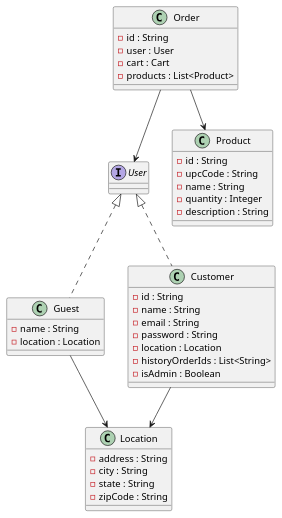
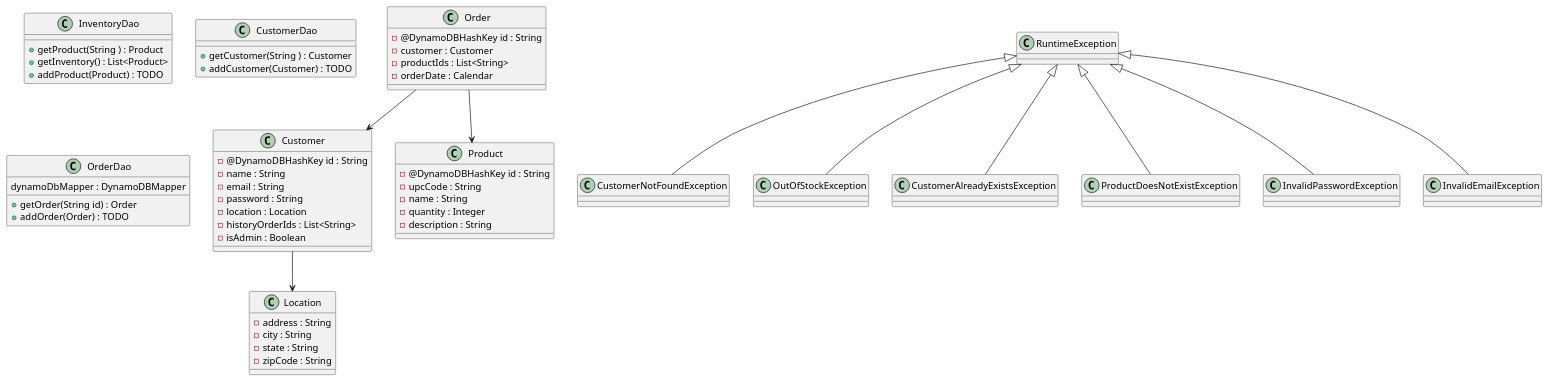
One commit to sylviamohos/CoolWithCouleBackend changed the diagram in project_documents/Design/GeneralClassDiagram.puml. Above: the diagram before and after it, drawn with PlantUML. The commit also changed 11 other files, not shown here.

Commit message:
Edited and cleaned up sequence diagrams

```diff
--- a/project_documents/Design/GeneralClassDiagram.puml
+++ b/project_documents/Design/GeneralClassDiagram.puml
@@ -1,50 +1,80 @@
 @startuml
 
-interface User{
-}
-class Guest implements User{
--name : String
--location : Location
-}
 
 ' Changed Existing User to Customer for simplicity in naming other classes -Jackson
-class Customer implements User{
--id : String
+class Customer {
+-@DynamoDBHashKey id : String
 -name : String
 -email : String
 -password : String
 -location : Location
 -historyOrderIds : List<String>
 -isAdmin : Boolean
 }
 
 class Order{
--id : String
--user : User
--cart : Cart
--products : List<Product>
+- @DynamoDBHashKey id : String
+-customer : Customer
+-productIds : List<String>
+-orderDate : Calendar
 }
 
 class Product{
--id : String
+-@DynamoDBHashKey id : String
 -upcCode : String
 -name : String
 -quantity : Integer
 -description : String
 }
 
 class Location{
 -address : String
 -city : String
 -state : String
 -zipCode : String
 }
 
+class InventoryDao {
++getProduct(String ) : Product
++getInventory() : List<Product>
++addProduct(Product) : TODO
+
+}
+
+class CustomerDao {
++getCustomer(String ) : Customer
++addCustomer(Customer) : TODO
+}
+
+class OrderDao {
+dynamoDbMapper : DynamoDBMapper
++getOrder(String id) : Order
++addOrder(Order) : TODO
+}
+
+class CustomerNotFoundException extends RuntimeException{
+}
+
+class OutOfStockException extends RuntimeException{
+}
+
+class CustomerAlreadyExistsException extends RuntimeException{
+}
+
+class ProductDoesNotExistException extends RuntimeException{
+}
+
+class InvalidPasswordException extends RuntimeException{
+}
+
+class InvalidEmailException extends RuntimeException{
+}
+
 
 Customer --> Location
-Guest --> Location
-Order --> User
+Order --> Customer
 Order--> Product
 
 
+
 @enduml
```
